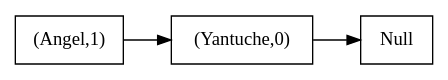
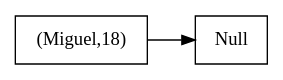
Before and after one commit to MickysxD/EDD_1S2019_P1_201700543: the diagram in graficaTop.dot, drawn with Graphviz. The commit also changed 8 other files, not shown here.

```diff
--- a/graficaTop.dot
+++ b/graficaTop.dot
@@ -1,6 +1,7 @@
 digraph  Grafico {
 node [shape = record];
 rankdir=LR
-"(Angel,1)"->"(Yantuche,0)";
-"(Yantuche,0)"->"Null";
+0[label="(Miguel,18)"];
+1[label="Null"];
+0->1;
 }
```
